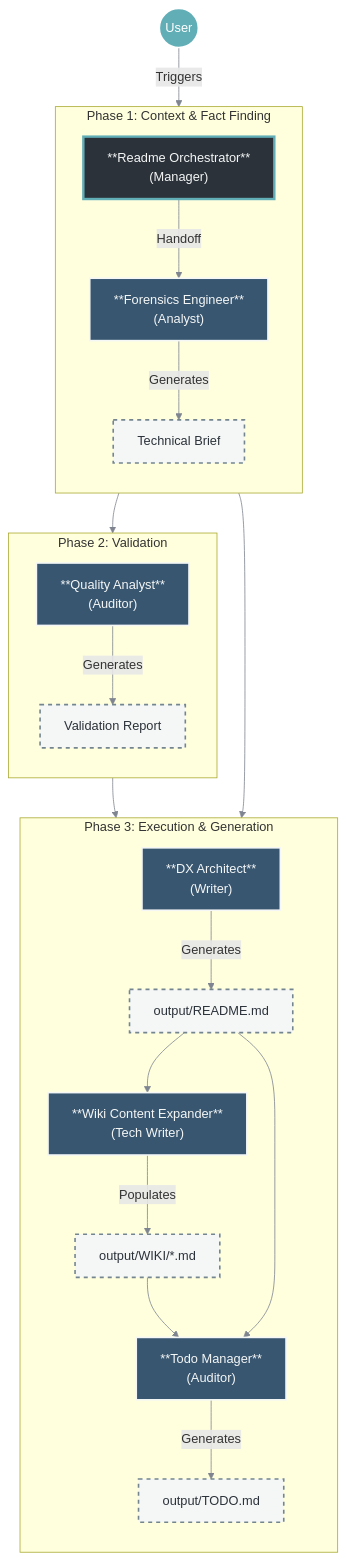
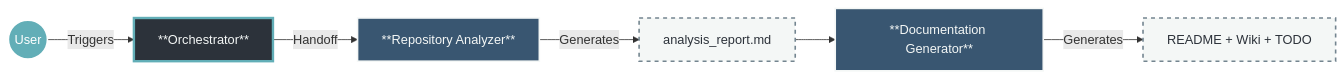
The first of 2 diagrams in README.md (pr0methevs/agentic-doc-generator), drawn with Mermaid before and after one commit. The commit also changed other lines of this file and 8 other files, not shown here.

````diff
--- a/README.md
+++ b/README.md
@@ -19,46 +19,19 @@
 ```mermaid
-    graph TD
+graph LR
     %% Theme Definitions - Nordic Slate
     classDef manager fill:#2c323a,stroke:#62aeb7,stroke-width:3px,color:#f4f7f6
     classDef worker fill:#395671,stroke:#f4f7f6,stroke-width:2px,color:#f4f7f6
     classDef artifact fill:#f4f7f6,stroke:#748590,stroke-width:2px,stroke-dasharray: 5 5,color:#2c323a
     classDef user fill:#62aeb7,stroke:#fff,stroke-width:2px,color:#fff
-    linkStyle default stroke:#748590,stroke-width:2px
 
-    User((User)) -->|Triggers| Orch["**Readme Orchestrator**<br/>(Manager)"]
-    
-    subgraph "Phase 1: Context & Fact Finding"
-        direction TB
-        Orch -->|Handoff| Forensics["**Forensics Engineer**<br/>(Analyst)"]
-        Forensics -->|Generates| Brief[Technical Brief]
-    end
+    User((User)) -->|Triggers| Orch["**Orchestrator**"]
+    Orch -->|Handoff| Analyzer["**Repository Analyzer**"]
+    Analyzer -->|Generates| Report[analysis_report.md]
+    Report --> Generator["**Documentation Generator**"]
+    Generator -->|Generates| Outputs[README + Wiki + TODO]
 
-    subgraph "Phase 2: Validation"
-        direction TB
-        Brief --> QA["**Quality Analyst**<br/>(Auditor)"]
-        QA -->|Generates| Report[Validation Report]
-    end
-
-    subgraph "Phase 3: Execution & Generation"
-        direction TB
-        Report --> DX["**DX Architect**<br/>(Writer)"]
-        DX -->|Generates| README[output/README.md]
-        
-        README --> WikiExp["**Wiki Content Expander**<br/>(Tech Writer)"]
-        Brief --> WikiExp
-        WikiExp -->|Populates| Wiki[output/WIKI/*.md]
-
-        Wiki --> TodoMgr["**Todo Manager**<br/>(Auditor)"]
-        README --> TodoMgr
-        TodoMgr -->|Generates| TODO[output/TODO.md]
-    end
-
-    %% Apply Styles
     class Orch manager
-    class Forensics,QA,DX,WikiExp,TodoMgr worker
-    class Brief,Report,README,TODO,Wiki artifact
+    class Analyzer,Generator worker
+    class Report,Outputs artifact
     class User user
-    
-    %% Global Styling
-    linkStyle default stroke:#7e8590,stroke-width:1px
 ```
````
